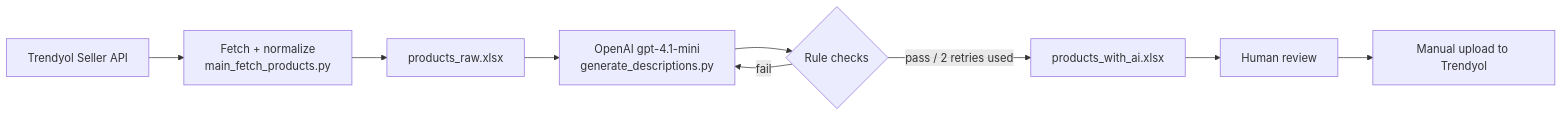
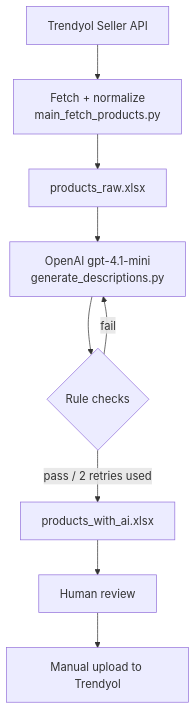
Before and after one commit to Taykuth/seo-ai-trendyol-product-description: the diagram in README.md, drawn with Mermaid.

Commit message:
Draw the pipeline diagram top-down so it stays readable on narrow screens

````diff
--- a/README.md
+++ b/README.md
@@ -9,11 +9,11 @@
 ```mermaid
-flowchart LR
+flowchart TD
     A[Trendyol Seller API] --> B[Fetch + normalize<br/>main_fetch_products.py]
     B --> C[products_raw.xlsx]
     C --> D[OpenAI gpt-4.1-mini<br/>generate_descriptions.py]
     D --> E{Rule checks}
     E -- fail --> D
     E -- pass / 2 retries used --> F[products_with_ai.xlsx]
     F --> G[Human review]
     G --> H[Manual upload to Trendyol]
 ```
````
